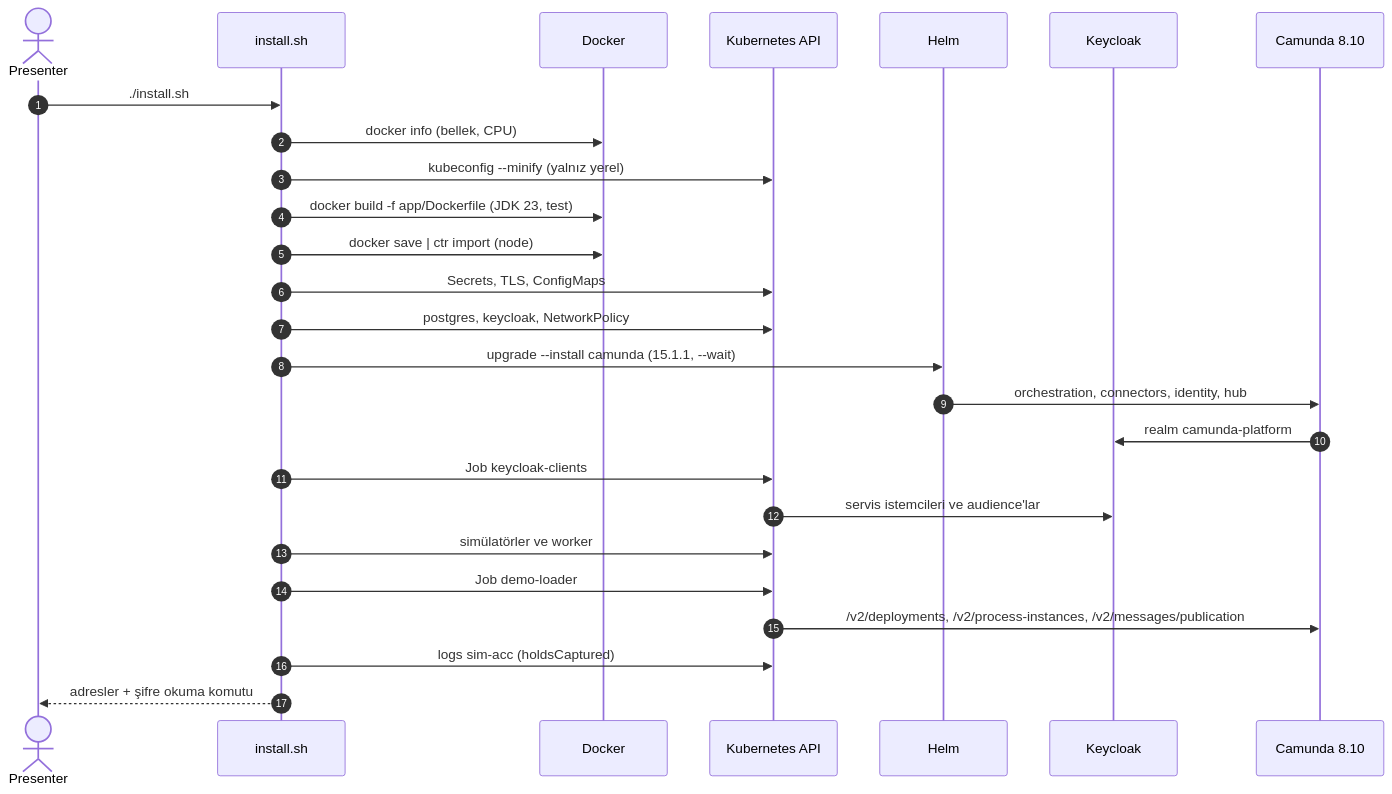
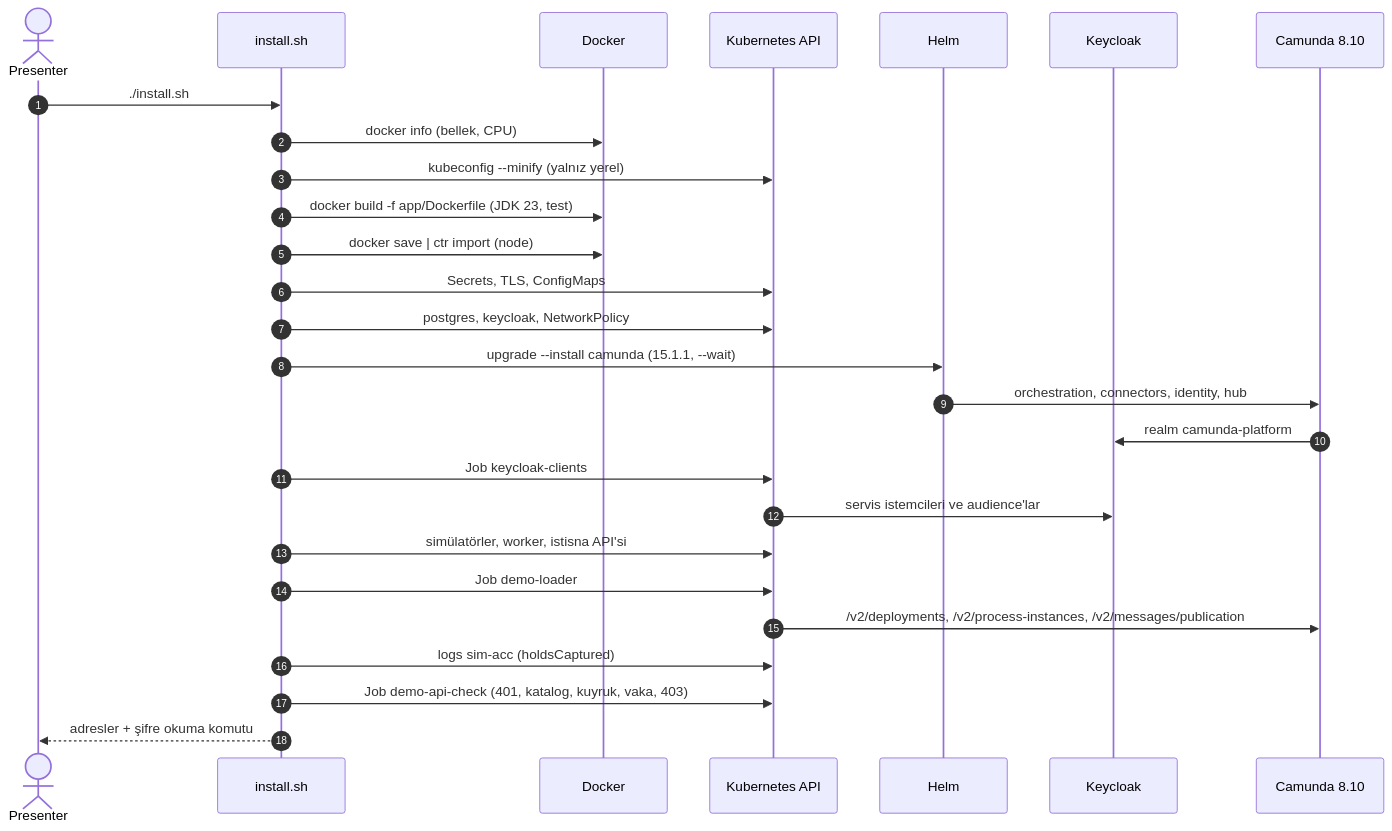
The fifth of 7 diagrams in README.md (COPUR/demo-camunda-k8s), drawn with Mermaid before and after one commit. The commit also changed other lines of this file and 20 other files, not shown here.

First line of the commit message:
payment-exception-api: deploy it with the demo, verify it on real Camunda

````diff
--- a/README.md
+++ b/README.md
@@ -226,28 +237,29 @@
 ```mermaid
 sequenceDiagram
   autonumber
   actor P as Presenter
   participant S as install.sh
   participant D as Docker
   participant K as Kubernetes API
   participant HM as Helm
   participant KC as Keycloak
   participant Z as Camunda 8.10
   P->>S: ./install.sh
   S->>D: docker info (bellek, CPU)
   S->>K: kubeconfig --minify (yalnız yerel)
   S->>D: docker build -f app/Dockerfile (JDK 23, test)
   S->>D: docker save | ctr import (node)
   S->>K: Secrets, TLS, ConfigMaps
   S->>K: postgres, keycloak, NetworkPolicy
   S->>HM: upgrade --install camunda (15.1.1, --wait)
   HM->>Z: orchestration, connectors, identity, hub
   Z->>KC: realm camunda-platform
   S->>K: Job keycloak-clients
   K->>KC: servis istemcileri ve audience'lar
-  S->>K: simülatörler ve worker
+  S->>K: simülatörler, worker, istisna API'si
   S->>K: Job demo-loader
   K->>Z: /v2/deployments, /v2/process-instances, /v2/messages/publication
   S->>K: logs sim-acc (holdsCaptured)
+  S->>K: Job demo-api-check (401, katalog, kuyruk, vaka, 403)
   S-->>P: adresler + şifre okuma komutu
 ```
````
